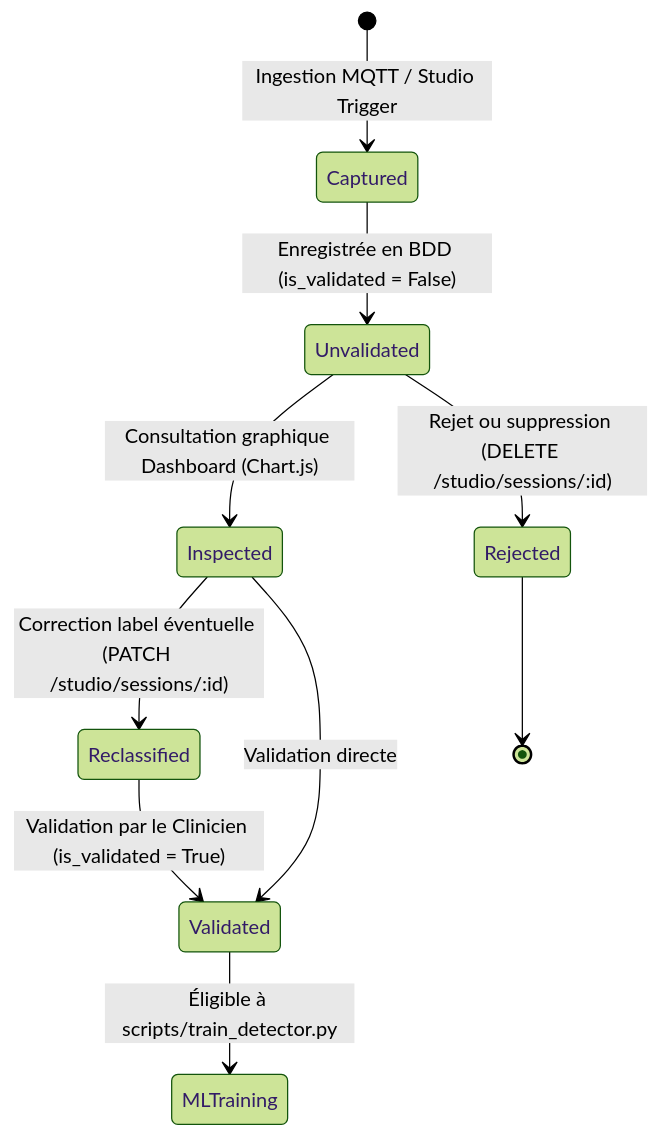
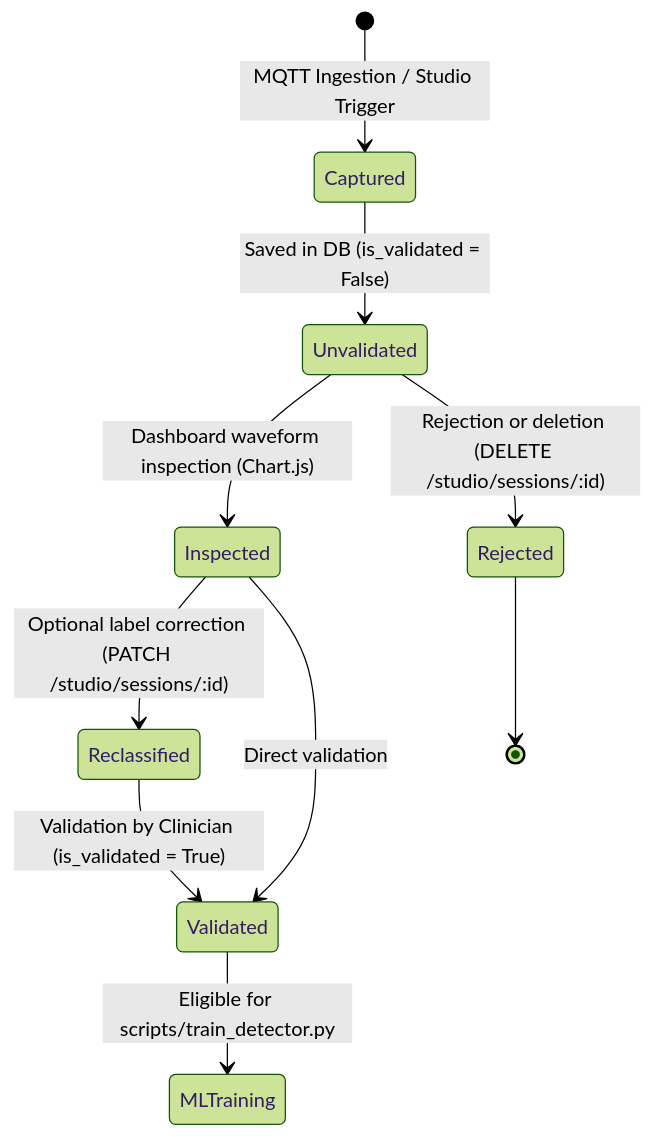
One commit to daverck/health-kicks-ecosystem changed the second of 2 diagrams in docs/architecture/invariants.md. Above: the diagram before and after it, drawn with Mermaid (forest theme). The commit also changed other lines of this file and 20 other files, not shown here.

````diff
--- a/docs/architecture/invariants.md
+++ b/docs/architecture/invariants.md
@@ -39,12 +39,12 @@
 ```mermaid
 stateDiagram-v2
-    [*] --> Captured: Ingestion MQTT / Studio Trigger
-    Captured --> Unvalidated: Enregistrée en BDD (is_validated = False)
-    Unvalidated --> Inspected: Consultation graphique Dashboard (Chart.js)
-    Inspected --> Reclassified: Correction label éventuelle (PATCH /studio/sessions/:id)
-    Reclassified --> Validated: Validation par le Clinicien (is_validated = True)
-    Inspected --> Validated: Validation directe
-    Validated --> MLTraining: Éligible à scripts/train_detector.py
-    Unvalidated --> Rejected: Rejet ou suppression (DELETE /studio/sessions/:id)
+    [*] --> Captured: MQTT Ingestion / Studio Trigger
+    Captured --> Unvalidated: Saved in DB (is_validated = False)
+    Unvalidated --> Inspected: Dashboard waveform inspection (Chart.js)
+    Inspected --> Reclassified: Optional label correction (PATCH /studio/sessions/:id)
+    Reclassified --> Validated: Validation by Clinician (is_validated = True)
+    Inspected --> Validated: Direct validation
+    Validated --> MLTraining: Eligible for scripts/train_detector.py
+    Unvalidated --> Rejected: Rejection or deletion (DELETE /studio/sessions/:id)
     Rejected --> [*]
 ```
````
